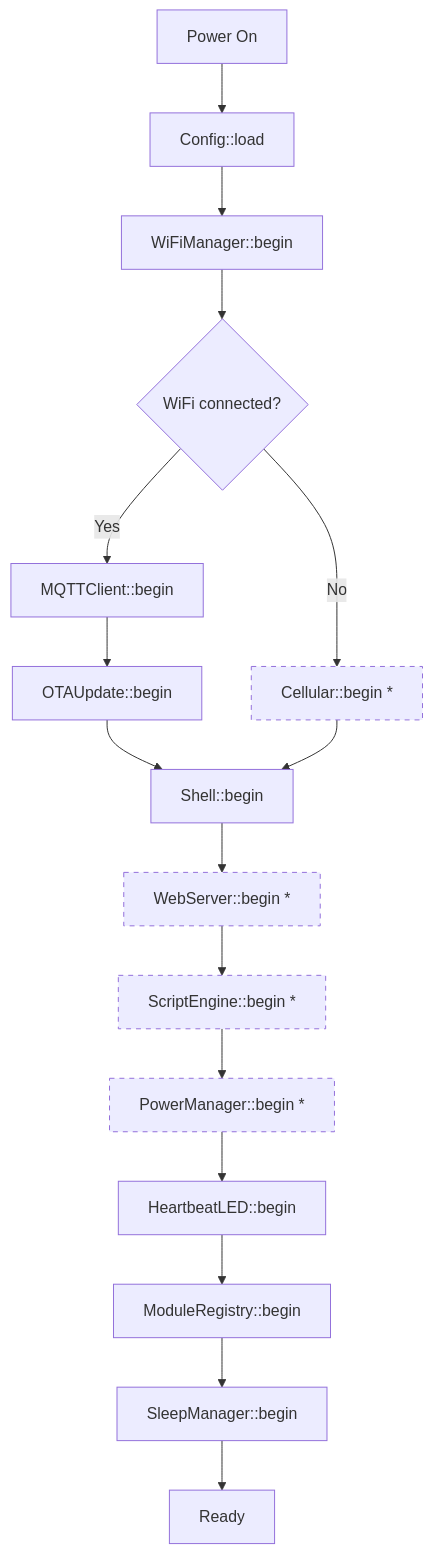
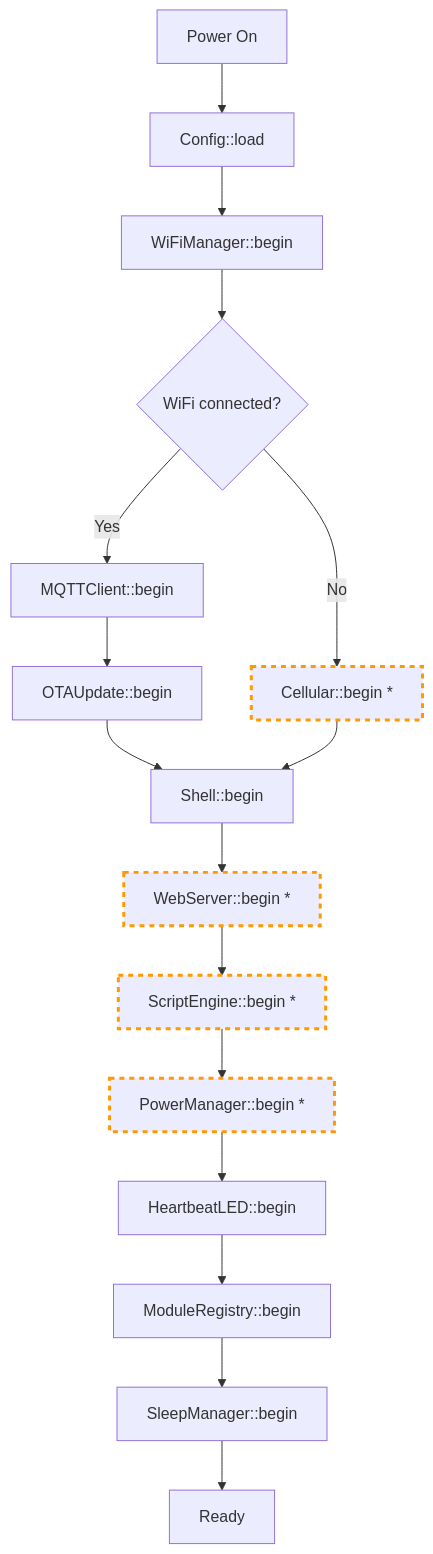
The diagram in firmware/architecture/overview.md (thesada/thesada-docs), drawn with Mermaid before and after one commit.

Commit message:
fix: Mermaid dashed boxes orange 3px for dark theme visibility

````diff
--- a/firmware/architecture/overview.md
+++ b/firmware/architecture/overview.md
@@ -72,23 +72,23 @@
 ```mermaid
 flowchart TD
     A[Power On] --> B[Config::load]
     B --> C[WiFiManager::begin]
     C --> D{WiFi connected?}
     D -->|Yes| E[MQTTClient::begin]
     E --> F[OTAUpdate::begin]
     D -->|No| G["Cellular::begin *"]
     F --> H[Shell::begin]
     G --> H
     H --> I["WebServer::begin *"]
     I --> J["ScriptEngine::begin *"]
     J --> K["PowerManager::begin *"]
     K --> L[HeartbeatLED::begin]
     L --> M[ModuleRegistry::begin]
     M --> N[SleepManager::begin]
     N --> O[Ready]
 
-    style G stroke-dasharray: 5 5
-    style I stroke-dasharray: 5 5
-    style J stroke-dasharray: 5 5
-    style K stroke-dasharray: 5 5
+    style G stroke:#f90,stroke-dasharray: 5,5,stroke-width:3px
+    style I stroke:#f90,stroke-dasharray: 5,5,stroke-width:3px
+    style J stroke:#f90,stroke-dasharray: 5,5,stroke-width:3px
+    style K stroke:#f90,stroke-dasharray: 5,5,stroke-width:3px
 ```
````
